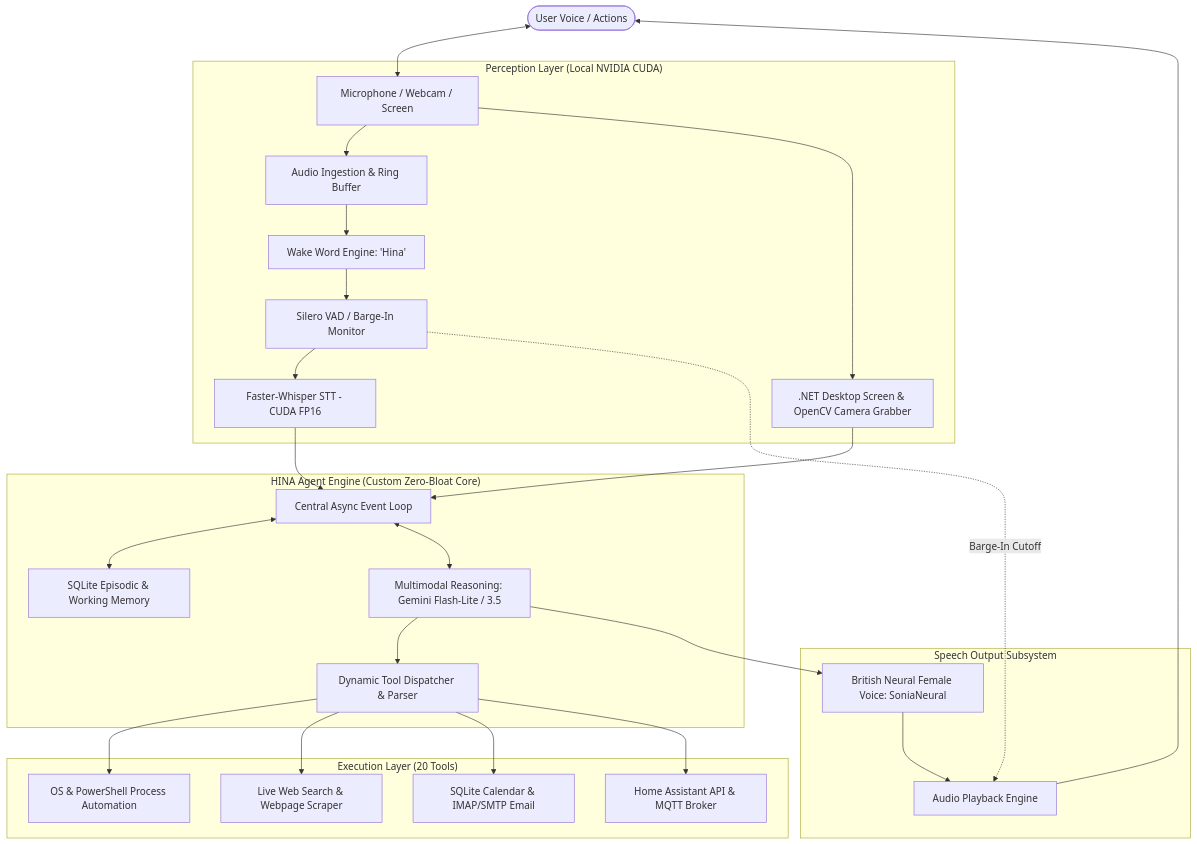
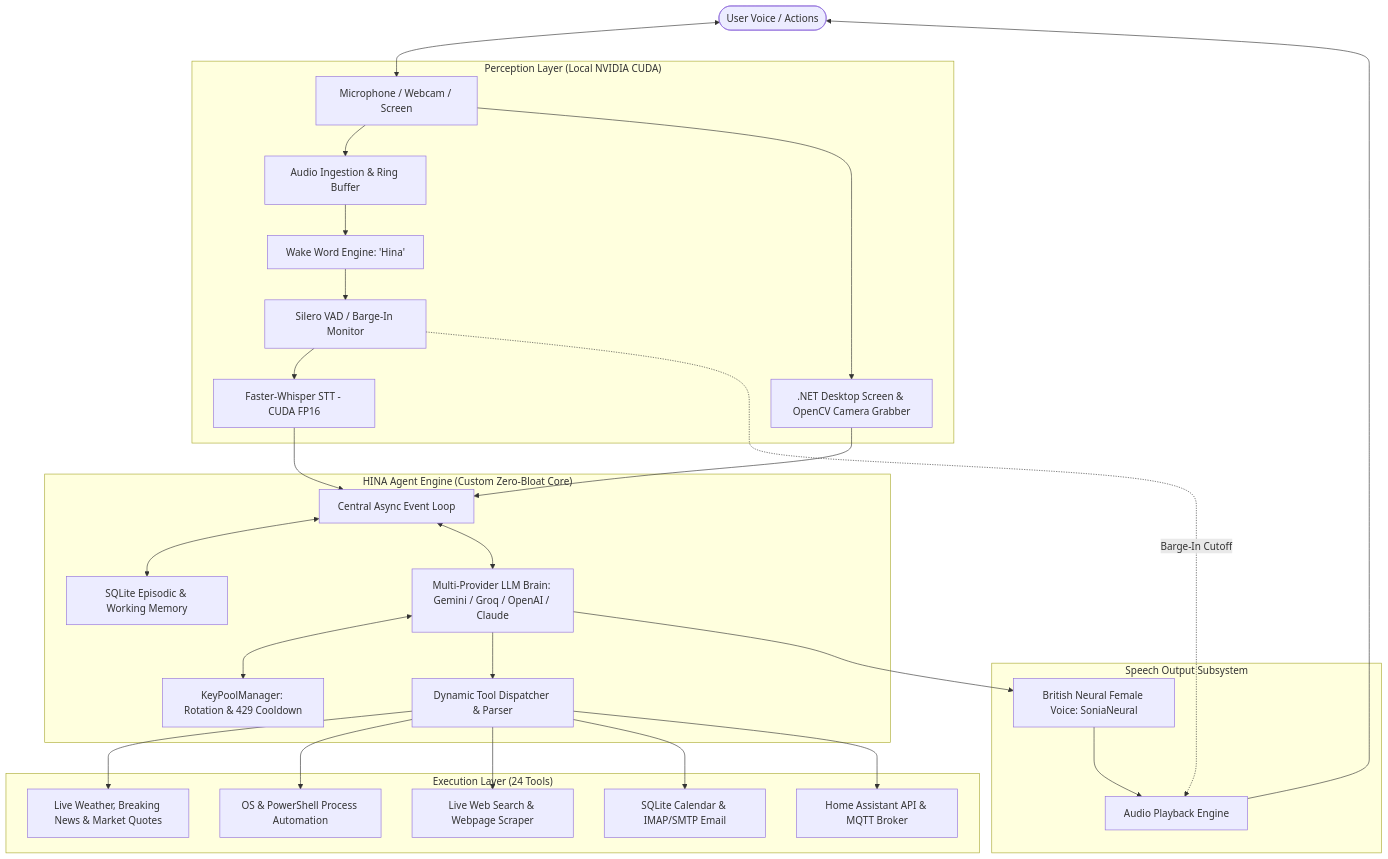
Before and after one commit to BogguAjayKumar/HINA-Showcase: the diagram in ARCHITECTURE.md, drawn with Mermaid. The commit also changed other lines of this file and 3 other files, not shown here.

Commit message:
docs(showcase): update multi-provider cognitive engine, key pooling & real-time external tools

````diff
--- a/ARCHITECTURE.md
+++ b/ARCHITECTURE.md
@@ -9,35 +9,37 @@
 ```mermaid
 graph TD
     User([User Voice / Actions]) <--> MicCam[Microphone / Webcam / Screen]
 
     subgraph "Perception Layer (Local NVIDIA CUDA)"
         MicCam --> AudioIn[Audio Ingestion & Ring Buffer]
         AudioIn --> WakeWord[Wake Word Engine: 'Hina']
         WakeWord --> VAD[Silero VAD / Barge-In Monitor]
         VAD --> STT[Faster-Whisper STT - CUDA FP16]
         MicCam --> VisionCap[.NET Desktop Screen & OpenCV Camera Grabber]
     end
 
     subgraph "HINA Agent Engine (Custom Zero-Bloat Core)"
         STT --> EventLoop[Central Async Event Loop]
         VisionCap --> EventLoop
         EventLoop <--> Memory[SQLite Episodic & Working Memory]
-        EventLoop <--> Brain[Multimodal Reasoning: Gemini Flash-Lite / 3.5]
+        EventLoop <--> Brain[Multi-Provider LLM Brain: Gemini / Groq / OpenAI / Claude]
+        Brain <--> KeyPool[KeyPoolManager: Rotation & 429 Cooldown]
         Brain --> ToolRouter[Dynamic Tool Dispatcher & Parser]
     end
 
-    subgraph "Execution Layer (20 Tools)"
+    subgraph "Execution Layer (24 Tools)"
+        ToolRouter --> ExtAPIs[Live Weather, Breaking News & Market Quotes]
         ToolRouter --> OSExec[OS & PowerShell Process Automation]
         ToolRouter --> WebTools[Live Web Search & Webpage Scraper]
         ToolRouter --> CalMail[SQLite Calendar & IMAP/SMTP Email]
         ToolRouter --> IoT[Home Assistant API & MQTT Broker]
     end
 
     subgraph "Speech Output Subsystem"
         Brain --> SpeechSynth[British Neural Female Voice: SoniaNeural]
         SpeechSynth --> AudioOut[Audio Playback Engine]
         VAD -. Barge-In Cutoff .-> AudioOut
     end
 
     AudioOut --> User
 ```
````
